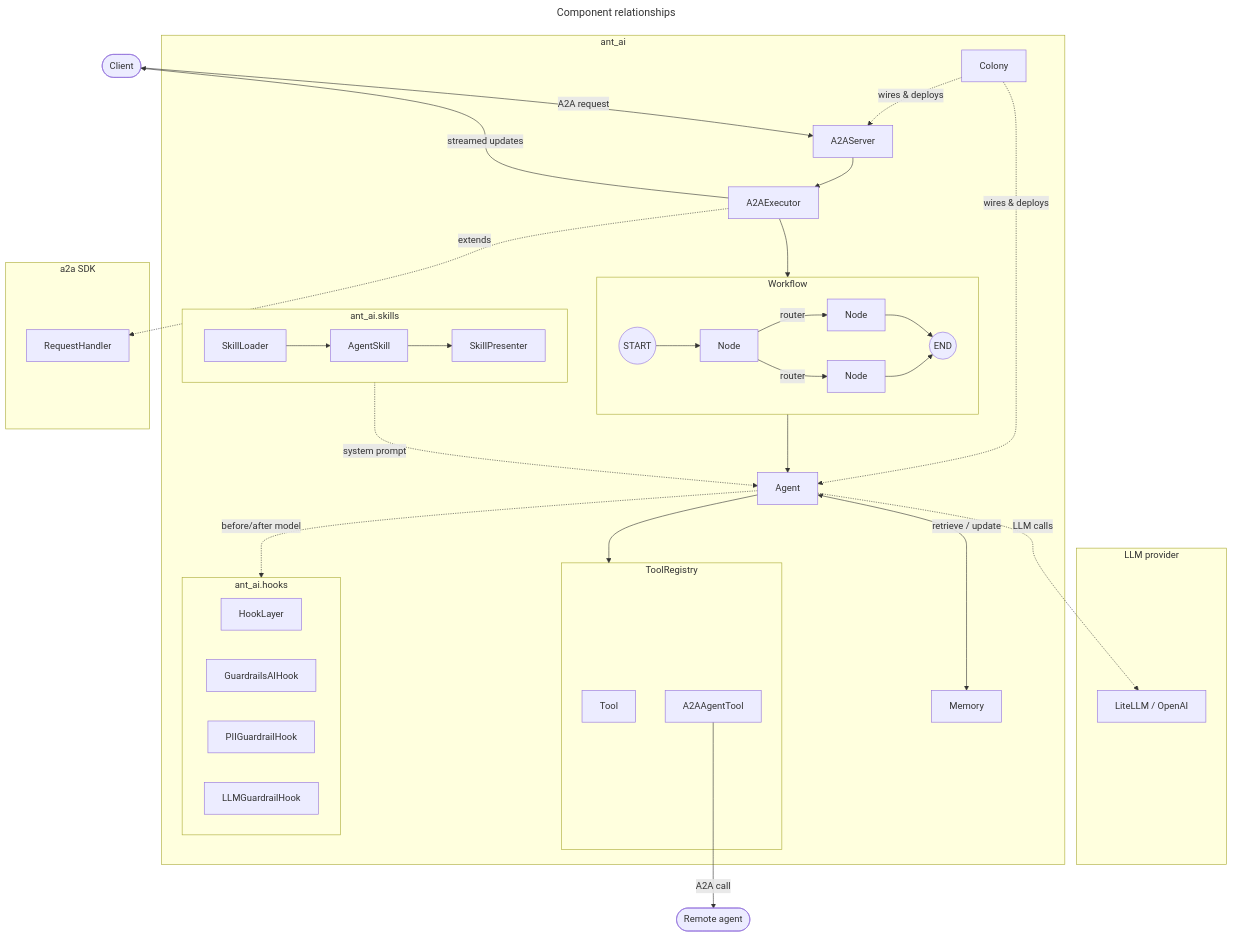
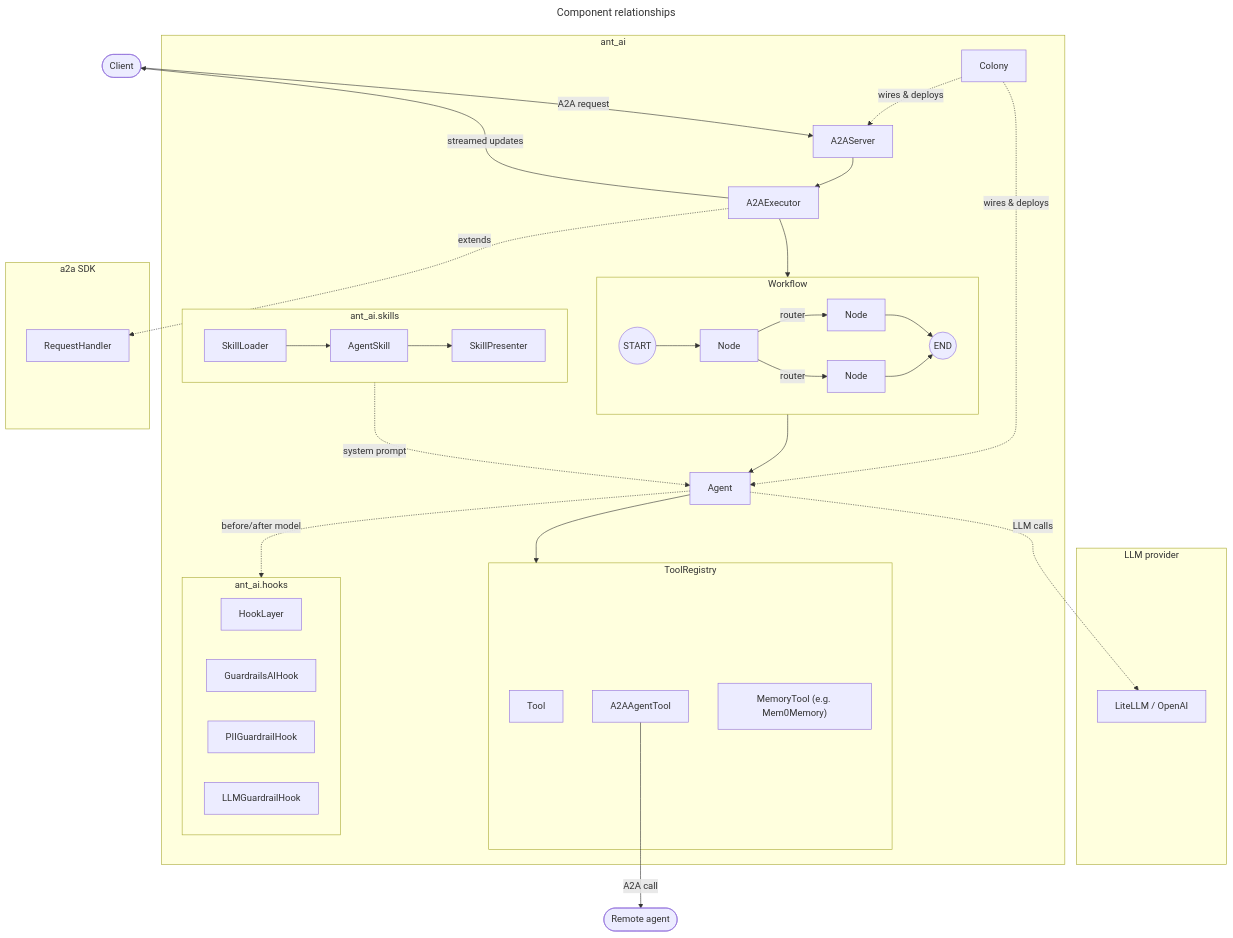
Before and after one commit to idea-idsia/ant-ai: the first of 2 diagrams in docs/docs/architecture/index.md, drawn with Mermaid. The commit also changed other lines of this file and 21 other files, not shown here.

First line of the commit message:
feat(memory): expose memory as a callable tool

````diff
--- a/docs/docs/architecture/index.md
+++ b/docs/docs/architecture/index.md
@@ -25,67 +25,66 @@
 ```mermaid
 ---
 title: Component relationships
 ---
 flowchart TD
     Client(["Client"])
     Remote(["Remote agent"])
 
     subgraph ext_llm["LLM provider"]
         LLM["LiteLLM / OpenAI"]
     end
 
     subgraph hm["ant_ai"]
         Colony["Colony"]
         A2AS["A2AServer"]
         Exec["A2AExecutor"]
         Agent["Agent"]
-        Memory["Memory"]
 
         subgraph reg["ToolRegistry"]
             Tool["Tool"]
             A2AT["A2AAgentTool"]
+            MemT["MemoryTool (e.g. Mem0Memory)"]
         end
 
         subgraph wf["Workflow"]
             direction LR
             S(("START")) --> N1["Node"]
             N1 -->|router| N2["Node"]
             N1 -->|router| N3["Node"]
             N2 --> E(("END"))
             N3 --> E
         end
 
         subgraph skills["ant_ai.skills"]
             direction LR
             SkillLoader["SkillLoader"] --> AgentSkill["AgentSkill"]
             AgentSkill --> SkillPresenter["SkillPresenter"]
         end
 
         subgraph hooks_sub["ant_ai.hooks"]
             HookLayer["HookLayer"]
             GuardrailsHook["GuardrailsAIHook"]
             PIIHook["PIIGuardrailHook"]
             LLMGuardrail["LLMGuardrailHook"]
         end
 
         Colony -.->|"wires & deploys"| A2AS
         Colony -.->|"wires & deploys"| Agent
         A2AS --> Exec
         Exec --> wf
         wf --> Agent
         Agent --> reg
         SkillPresenter -.->|"system prompt"| Agent
-        Agent <-->|"retrieve / update"| Memory
         Agent -.->|"before/after model"| hooks_sub
     end
 
     subgraph ext_a2a["a2a SDK"]
         SDK["RequestHandler"]
     end
 
     Client -->|"A2A request"| A2AS
     Exec -.->|"extends"| SDK
     Agent -.->|"LLM calls"| LLM
     A2AT -->|"A2A call"| Remote
     Exec -->|"streamed updates"| Client
 ```
````
